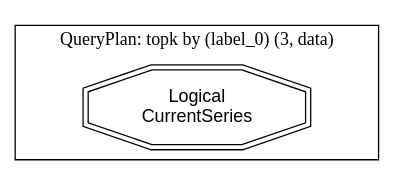
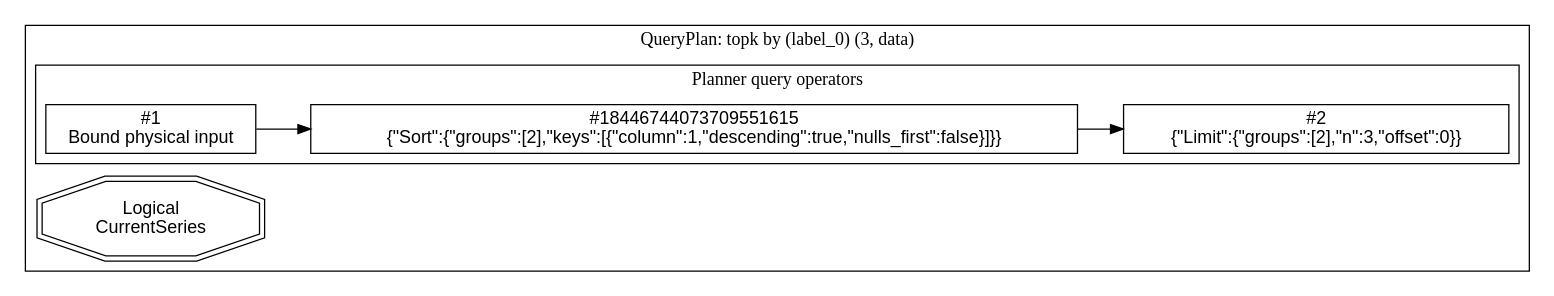
Before and after one commit to ProjectASAP/ASAPQuery-backend: the diagram in docs/evaluation/issue754-human-review/spatial-topk.dot, drawn with Graphviz. The commit also changed 55 other files, not shown here.

```diff
--- a/docs/evaluation/issue754-human-review/spatial-topk.dot
+++ b/docs/evaluation/issue754-human-review/spatial-topk.dot
@@ -1,11 +1,19 @@
 digraph compiled_physical_plan {
   rankdir=LR;
   node [shape=box, fontname=Helvetica];
   subgraph cluster_precompute {
     label="PrecomputePlan";
   }
   subgraph cluster_query_0 {
     label="QueryPlan: topk by (label_0) (3, data)";
     query_0_0 [label="Logical\nCurrentSeries", shape=doubleoctagon];
+    subgraph cluster_native_query_0 {
+      label="Planner query operators";
+    native_query_0_1 [label="#1\nBound physical input"];
+    native_query_0_18446744073709551615 [label="#18446744073709551615\n{\"Sort\":{\"groups\":[2],\"keys\":[{\"column\":1,\"descending\":true,\"nulls_first\":false}]}}"];
+      native_query_0_1 -> native_query_0_18446744073709551615;
+    native_query_0_2 [label="#2\n{\"Limit\":{\"groups\":[2],\"n\":3,\"offset\":0}}"];
+      native_query_0_18446744073709551615 -> native_query_0_2;
+    }
   }
 }
```
